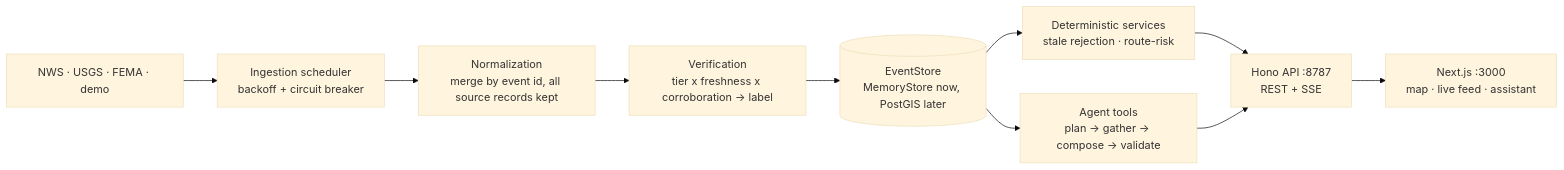
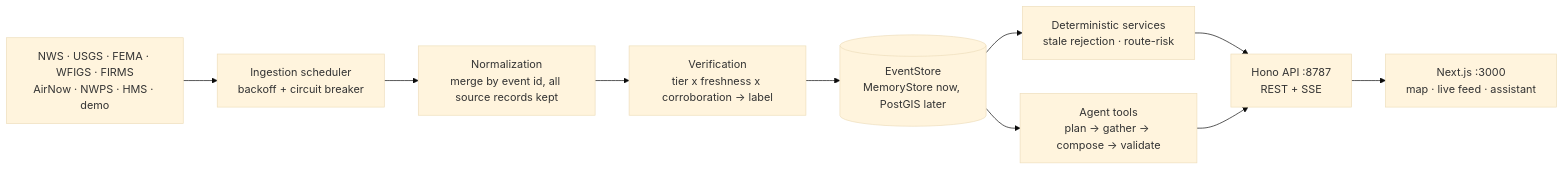
Before and after one commit to gurul/harborline: the diagram in README.md, drawn with Mermaid (base theme). The commit also changed other lines of this file and 85 other files, not shown here.

````diff
--- a/README.md
+++ b/README.md
@@ -55,12 +57,12 @@
 ```mermaid
 flowchart LR
-    A[NWS · USGS · FEMA · demo] --> B[Ingestion scheduler<br/>backoff + circuit breaker]
+    A[NWS · USGS · FEMA · WFIGS · FIRMS<br/>AirNow · NWPS · HMS · demo] --> B[Ingestion scheduler<br/>backoff + circuit breaker]
     B --> C[Normalization<br/>merge by event id, all source records kept]
     C --> D[Verification<br/>tier x freshness x corroboration → label]
     D --> E[(EventStore<br/>MemoryStore now, PostGIS later)]
     E --> F[Deterministic services<br/>stale rejection · route-risk]
     E --> G[Agent tools<br/>plan → gather → compose → validate]
     F --> H[Hono API :8787<br/>REST + SSE]
     G --> H
     H --> I[Next.js :3000<br/>map · live feed · assistant]
 ```
````
